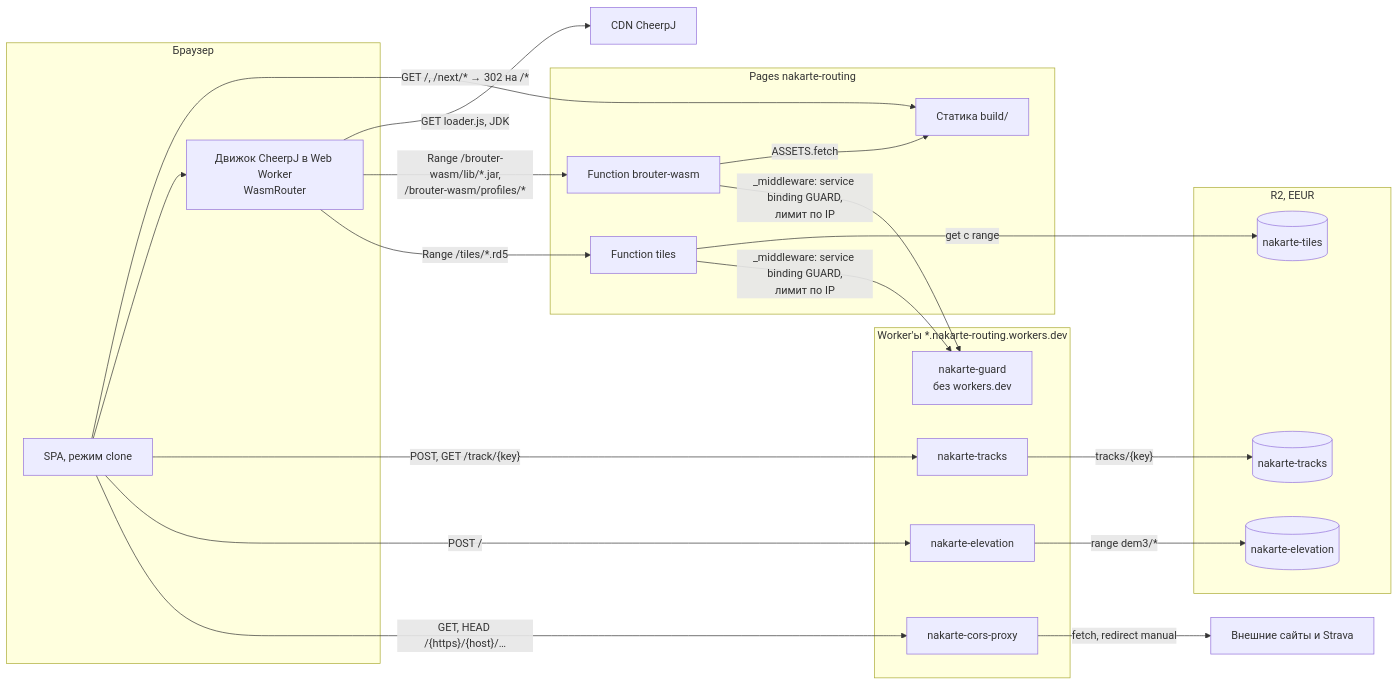
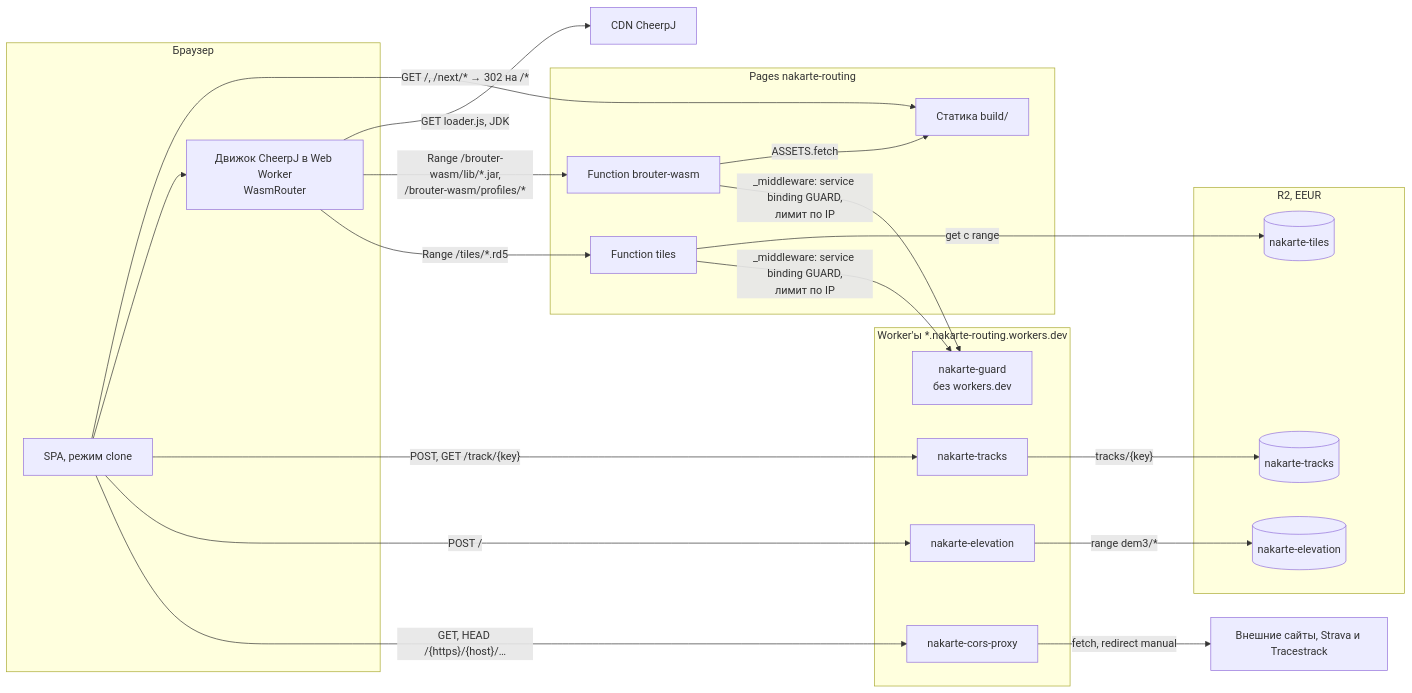
One commit to sergeycw/nakarte changed the second of 3 diagrams in docs/architecture/README.md. Above: the diagram before and after it, drawn with Mermaid. The commit also changed other lines of this file and 4 other files, not shown here.

````diff
--- a/docs/architecture/README.md
+++ b/docs/architecture/README.md
@@ -85,44 +85,44 @@
 ```mermaid
 flowchart LR
     subgraph browser["Браузер"]
         spa["SPA, режим clone"]
         engine["Движок CheerpJ в Web Worker<br/>WasmRouter"]
     end
 
     subgraph pages["Pages nakarte-routing"]
         static["Статика build/"]
         fwasm["Function brouter-wasm"]
         ftiles["Function tiles"]
     end
 
     subgraph workers["Worker'ы *.nakarte-routing.workers.dev"]
         proxy["nakarte-cors-proxy"]
         tracks["nakarte-tracks"]
         elev["nakarte-elevation"]
         guard["nakarte-guard<br/>без workers.dev"]
     end
 
     subgraph r2["R2, EEUR"]
         r2tiles[("nakarte-tiles")]
         r2tracks[("nakarte-tracks")]
         r2elev[("nakarte-elevation")]
     end
 
     cdn["CDN CheerpJ"]
-    ext["Внешние сайты и Strava"]
+    ext["Внешние сайты, Strava и Tracestrack"]
 
     spa -->|"GET /, /next/* → 302 на /*"| static
     spa --> engine
     engine -->|"GET loader.js, JDK"| cdn
     engine -->|"Range /brouter-wasm/lib/*.jar,<br/>/brouter-wasm/profiles/*"| fwasm
     fwasm -->|"ASSETS.fetch"| static
     engine -->|"Range /tiles/*.rd5"| ftiles
     ftiles -->|"get с range"| r2tiles
     fwasm & ftiles -->|"_middleware: service binding GUARD,<br/>лимит по IP"| guard
     spa -->|"POST, GET /track/{key}"| tracks
     tracks -->|"tracks/{key}"| r2tracks
     spa -->|"POST /"| elev
     elev -->|"range dem3/*"| r2elev
     spa -->|"GET, HEAD /{https}/{host}/…"| proxy
     proxy -->|"fetch, redirect manual"| ext
 ```
````
